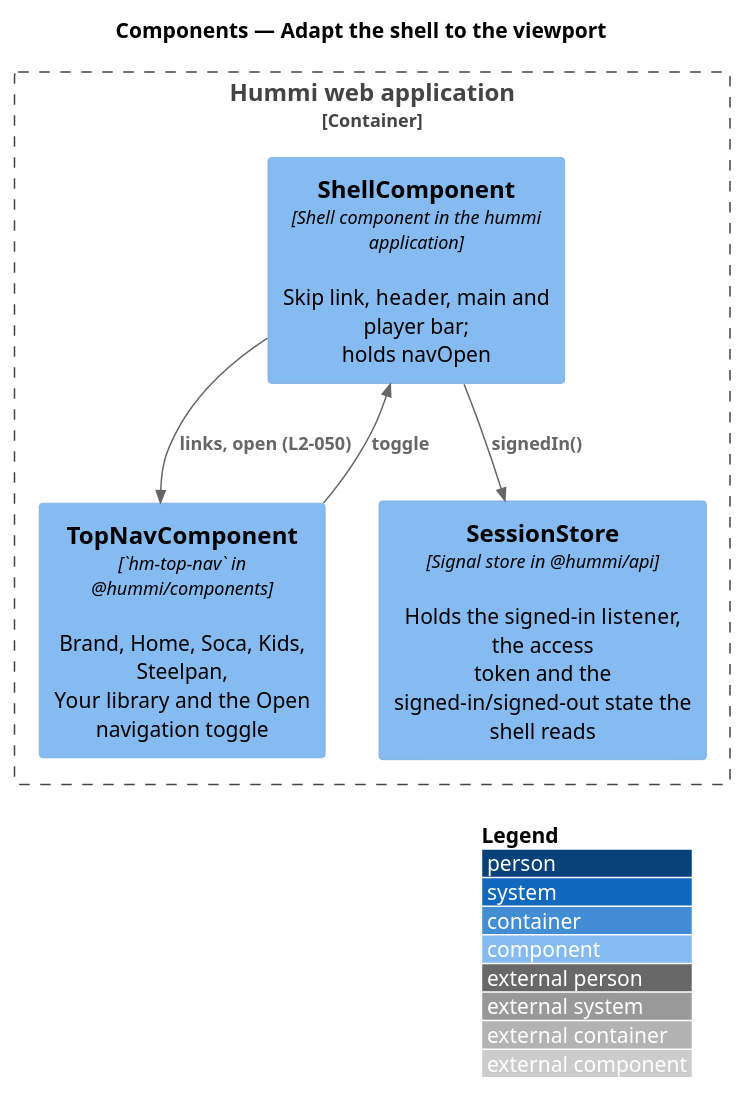
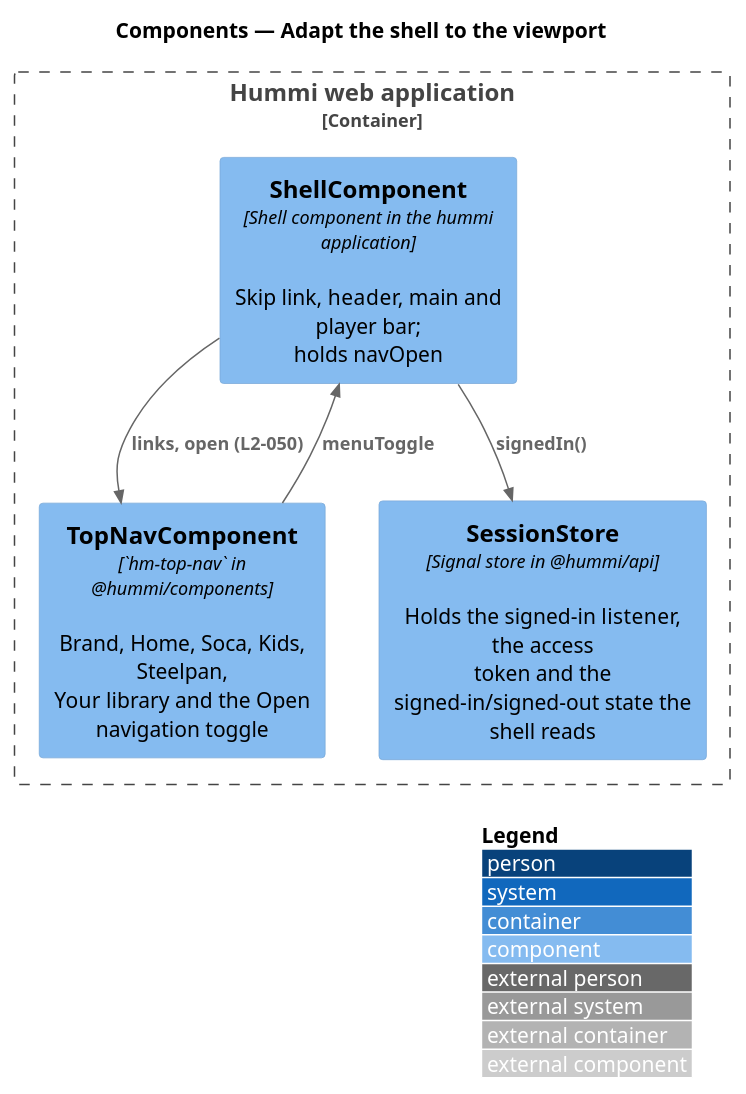
The diagram in docs/detailed-designs/interface/responsive-shell/diagrams/c4-component.puml (QuinntyneBrown/hummi), drawn with PlantUML before and after one commit. The commit also changed 39 other files, not shown here.

```diff
--- a/docs/detailed-designs/interface/responsive-shell/diagrams/c4-component.puml
+++ b/docs/detailed-designs/interface/responsive-shell/diagrams/c4-component.puml
@@ -1,14 +1,14 @@
 @startuml
 !include <C4/C4_Component>
 LAYOUT_WITH_LEGEND()
 title Components — Adapt the shell to the viewport
 
 Container_Boundary(spa, "Hummi web application") {
   Component(shell, "ShellComponent", "Shell component in the hummi application", "Skip link, header, main and player bar;\nholds navOpen")
   Component(nav, "TopNavComponent", "`hm-top-nav` in @hummi/components", "Brand, Home, Soca, Kids, Steelpan,\nYour library and the Open navigation toggle")
   Component(session, "SessionStore", "Signal store in @hummi/api", "Holds the signed-in listener, the access\ntoken and the signed-in/signed-out state the\nshell reads")
 }
 Rel(shell, session, "signedIn()")
 Rel(shell, nav, "links, open (L2-050)")
-Rel(nav, shell, "toggle")
+Rel(nav, shell, "menuToggle")
 @enduml
```
